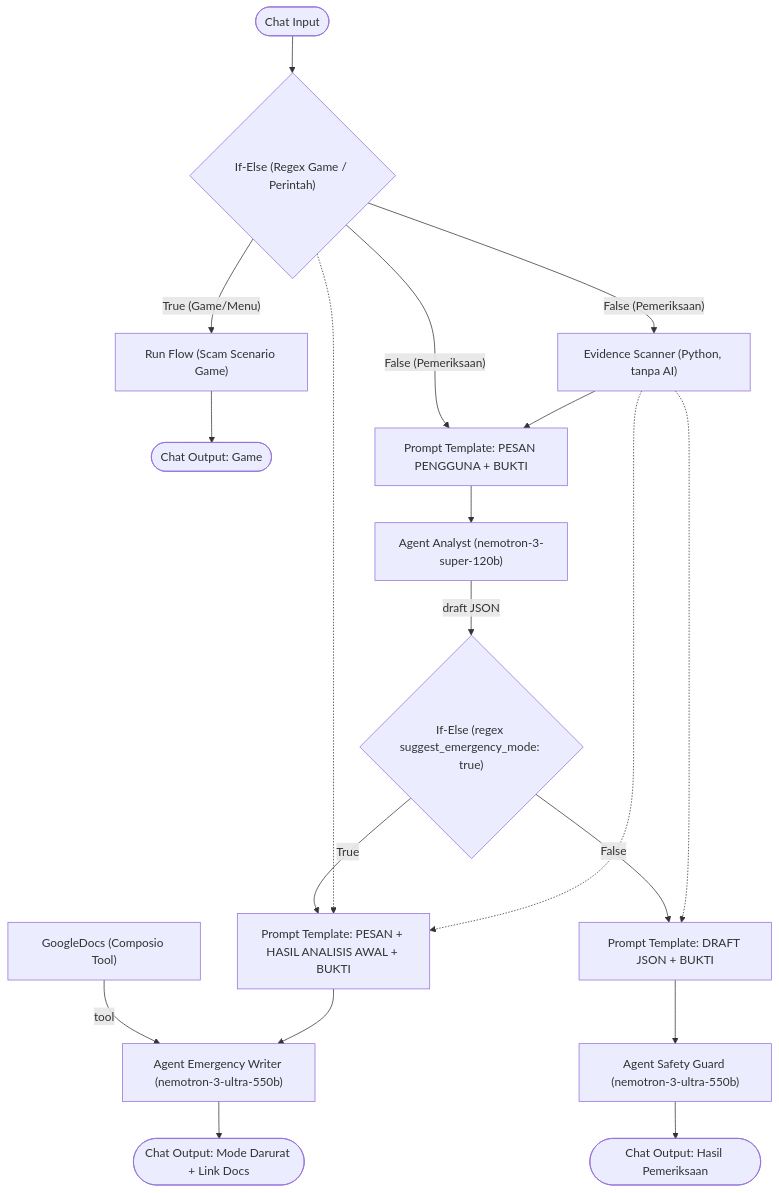
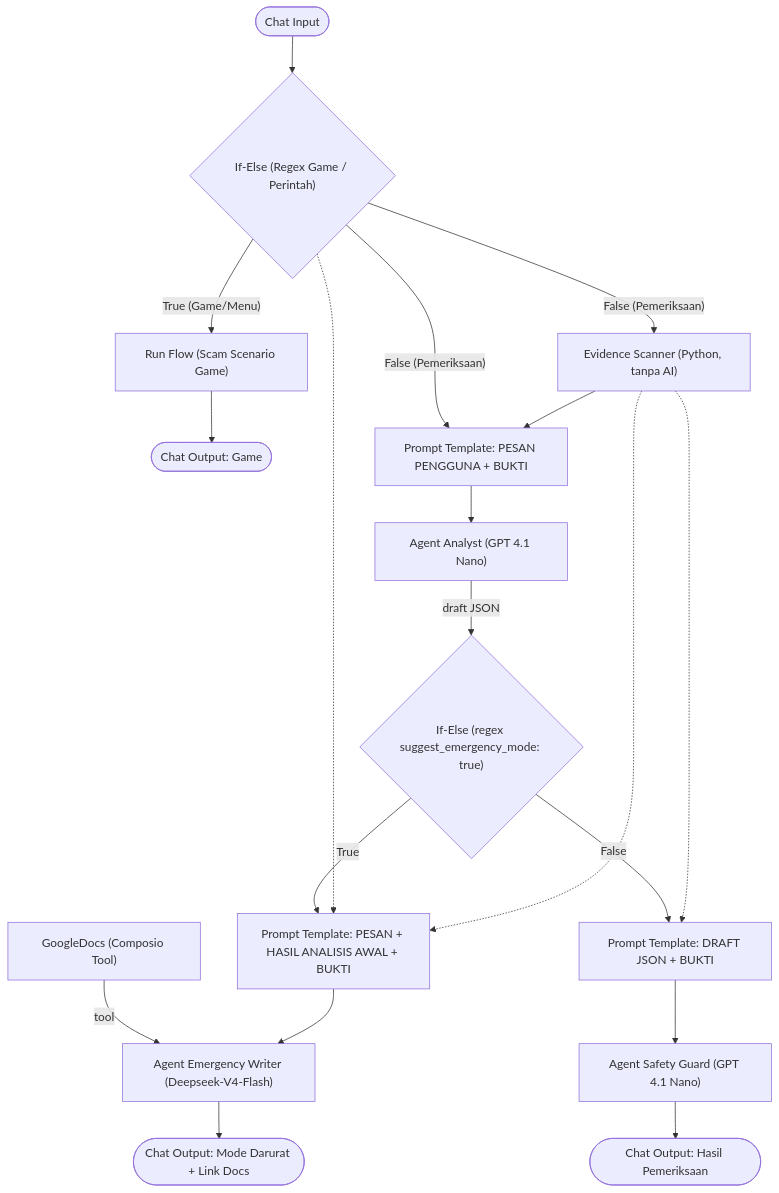
The first of 2 diagrams in README.md (ARQ31/Golden-Hour), drawn with Mermaid before and after one commit. The commit also changed other lines of this file, not shown here.

````diff
--- a/README.md
+++ b/README.md
@@ -24,28 +24,28 @@
 ```mermaid
 flowchart TD
     CI(["Chat Input"]) --> RouterGame{"If-Else (Regex Game / Perintah)"}
 
     RouterGame -->|"True (Game/Menu)"| RF["Run Flow (Scam Scenario Game)"]
     RF --> CO_Game(["Chat Output: Game"])
 
     RouterGame -->|"False (Pemeriksaan)"| ES["Evidence Scanner (Python, tanpa AI)"]
     RouterGame -->|"False (Pemeriksaan)"| PT1["Prompt Template: PESAN PENGGUNA + BUKTI"]
     ES --> PT1
 
-    PT1 --> AA["Agent Analyst (nemotron-3-super-120b)"]
+    PT1 --> AA["Agent Analyst (GPT 4.1 Nano)"]
     AA -->|"draft JSON"| IF{"If-Else (regex suggest_emergency_mode: true)"}
 
     IF -->|"True"| PTE["Prompt Template: PESAN + HASIL ANALISIS AWAL + BUKTI"]
     IF -->|"False"| PTS["Prompt Template: DRAFT JSON + BUKTI"]
 
     RouterGame -.-> PTE
     ES -.-> PTE
     ES -.-> PTS
 
-    Composio["GoogleDocs (Composio Tool)"] -->|"tool"| AEW["Agent Emergency Writer (nemotron-3-ultra-550b)"]
+    Composio["GoogleDocs (Composio Tool)"] -->|"tool"| AEW["Agent Emergency Writer (Deepseek-V4-Flash)"]
     PTE --> AEW
-    PTS --> ASG["Agent Safety Guard (nemotron-3-ultra-550b)"]
+    PTS --> ASG["Agent Safety Guard (GPT 4.1 Nano)"]
 
     AEW --> CO1(["Chat Output: Mode Darurat + Link Docs"])
     ASG --> CO2(["Chat Output: Hasil Pemeriksaan"])
 ```
````
